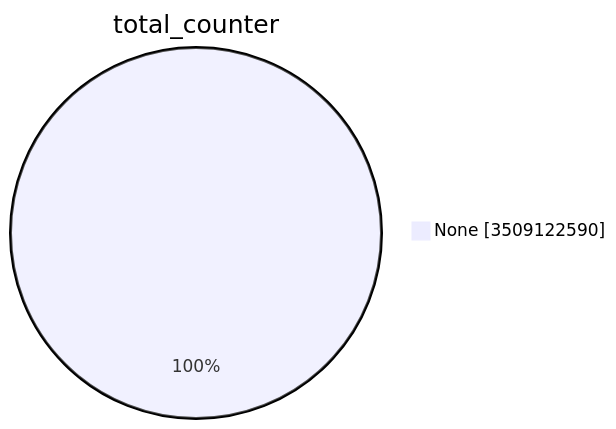
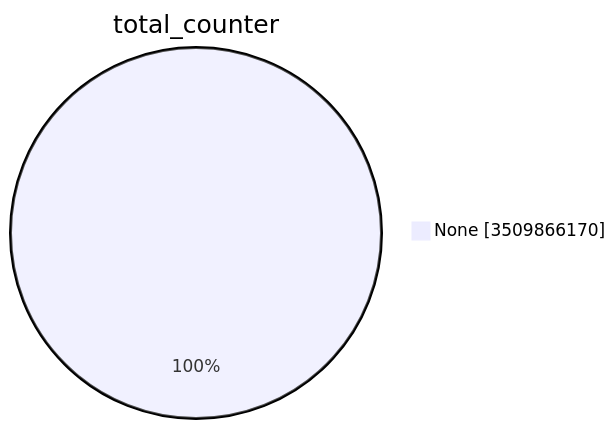
One commit to christiankrug/ctmonitor_visualization changed the first of 15 diagrams in TOTAL/README.md. Above: the diagram before and after it, drawn with Mermaid. The commit also changed other lines of this file, not shown here.

````diff
--- a/TOTAL/README.md
+++ b/TOTAL/README.md
@@ -1,5 +1,5 @@
 ```mermaid
 pie showData
 title total_counter
-"None" :3509122590
+"None" :3509866170
 ```
````
